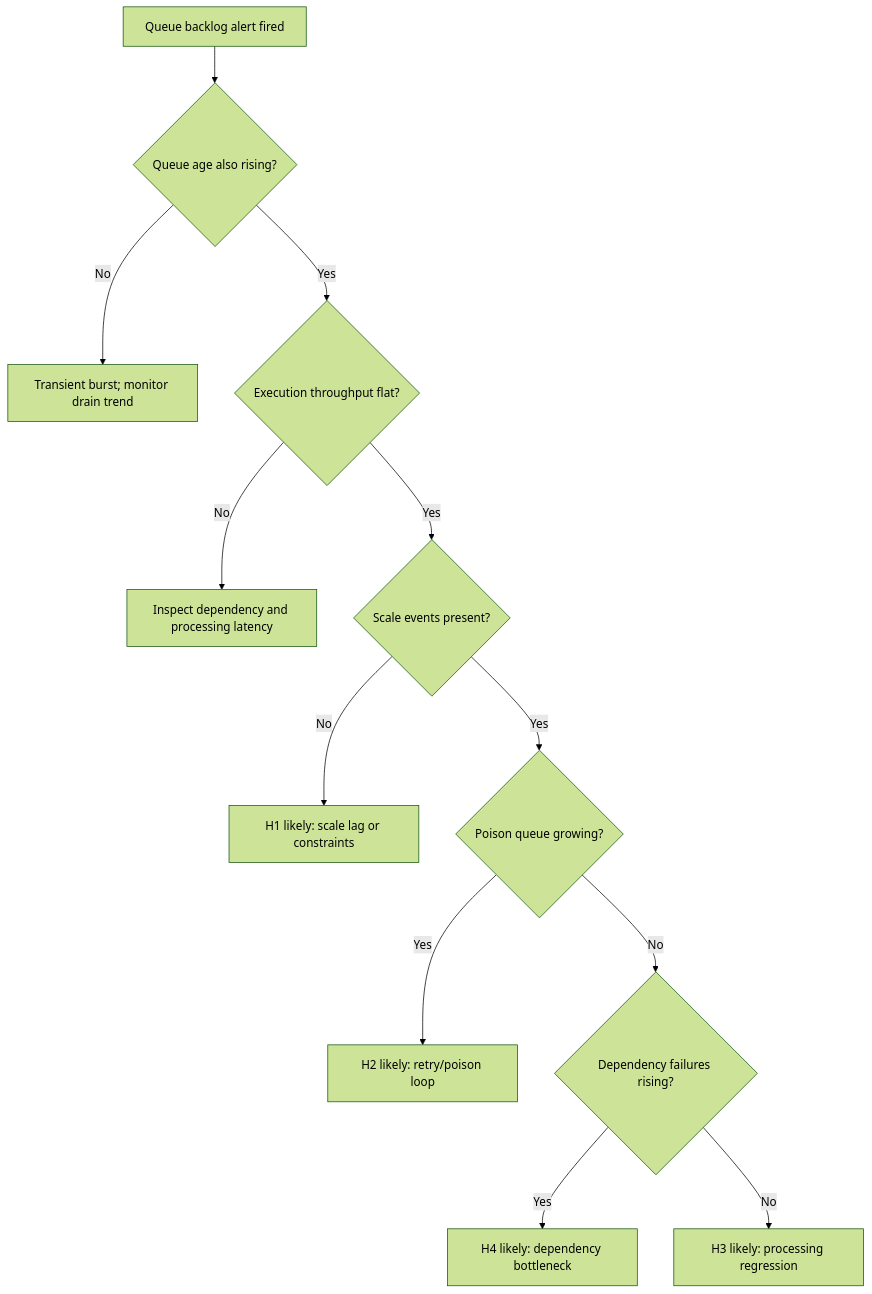
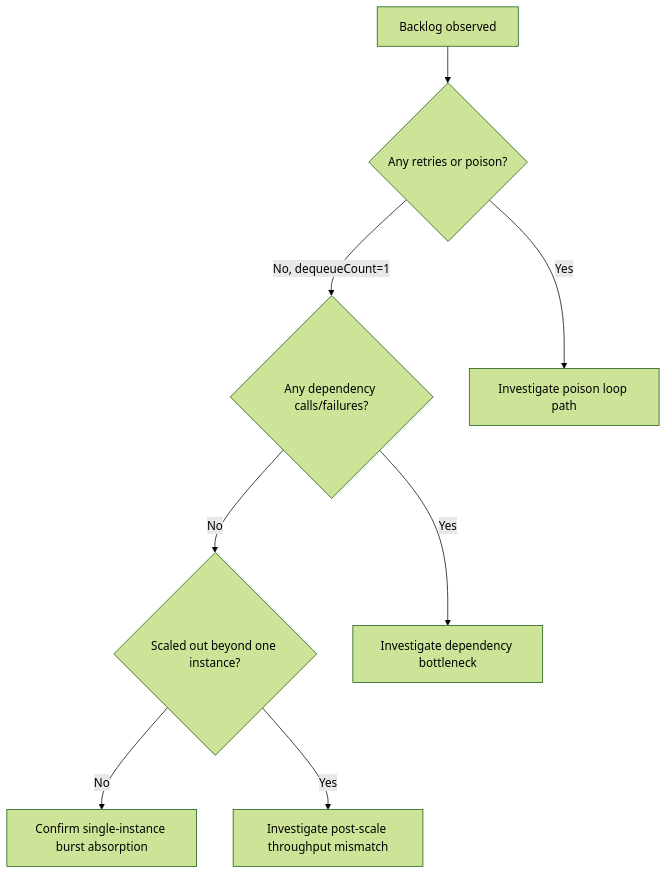
The third of 5 diagrams in docs/troubleshooting/lab-guides/queue-backlog-scaling.md (yeongseon/azure-functions-practical-guide), drawn with Mermaid (forest theme) before and after one commit. The commit also changed other lines of this file and 21 other files, not shown here.

````diff
--- a/docs/troubleshooting/lab-guides/queue-backlog-scaling.md
+++ b/docs/troubleshooting/lab-guides/queue-backlog-scaling.md
@@ -549,14 +119,10 @@
 ```mermaid
 flowchart TD
-    A[Queue backlog alert fired] --> B{Queue age also rising?}
-    B -->|No| C[Transient burst; monitor drain trend]
-    B -->|Yes| D{Execution throughput flat?}
-    D -->|No| E[Inspect dependency and processing latency]
-    D -->|Yes| F{Scale events present?}
-    F -->|No| G[H1 likely: scale lag or constraints]
-    F -->|Yes| H{Poison queue growing?}
-    H -->|Yes| I[H2 likely: retry/poison loop]
-    H -->|No| J{Dependency failures rising?}
-    J -->|Yes| K[H4 likely: dependency bottleneck]
-    J -->|No| L[H3 likely: processing regression]
+    A[Backlog observed] --> B{Any retries or poison?}
+    B -->|No, dequeueCount=1| C{Any dependency calls/failures?}
+    B -->|Yes| X[Investigate poison loop path]
+    C -->|No| D{Scaled out beyond one instance?}
+    C -->|Yes| Y[Investigate dependency bottleneck]
+    D -->|No| E[Confirm single-instance burst absorption]
+    D -->|Yes| Z[Investigate post-scale throughput mismatch]
 ```
````
